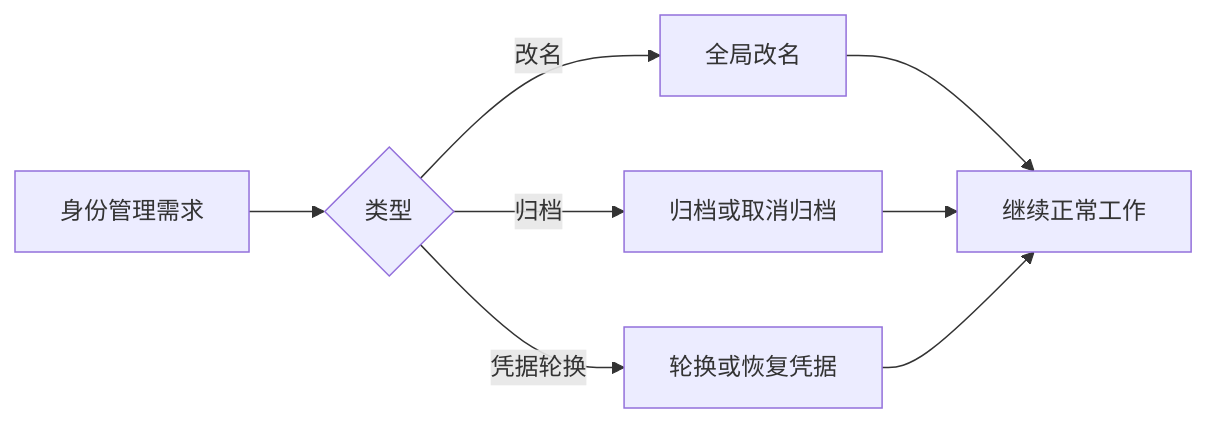
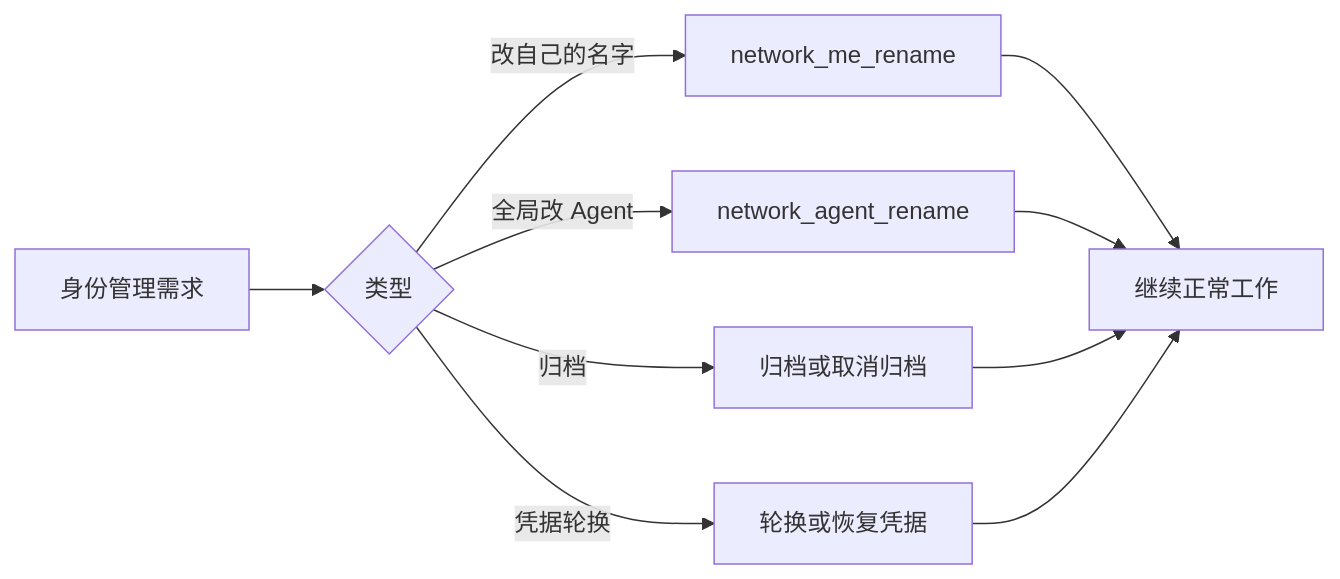
The ninth of 12 diagrams in public/skills/agent-network-skills.md (KonghaYao/agent-network), drawn with Mermaid before and after one commit. The commit also changed other lines of this file and 19 other files, not shown here.

````diff
--- a/public/skills/agent-network-skills.md
+++ b/public/skills/agent-network-skills.md
@@ -184,10 +184,12 @@
 ```mermaid
 flowchart LR
     A["身份管理需求"] --> B{"类型"}
-    B -- 改名 --> C["全局改名"]
-    B -- 归档 --> D["归档或取消归档"]
-    B -- 凭据轮换 --> E["轮换或恢复凭据"]
-    C --> F["继续正常工作"]
-    D --> F
-    E --> F
+    B -- 改自己的名字 --> C["network_me_rename"]
+    B -- 全局改 Agent --> D["network_agent_rename"]
+    B -- 归档 --> E["归档或取消归档"]
+    B -- 凭据轮换 --> F["轮换或恢复凭据"]
+    C --> G["继续正常工作"]
+    D --> G
+    E --> G
+    F --> G
 ```
````
